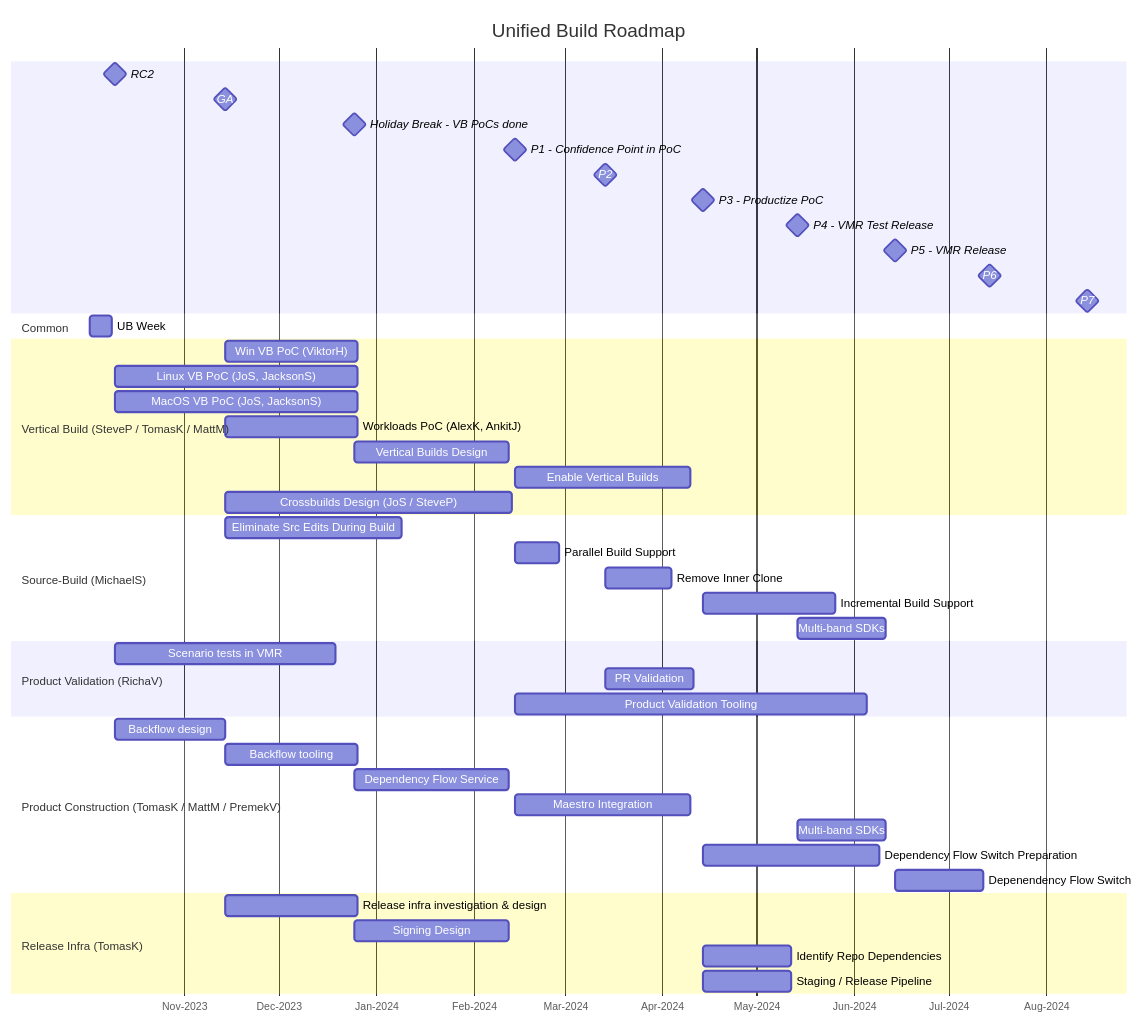
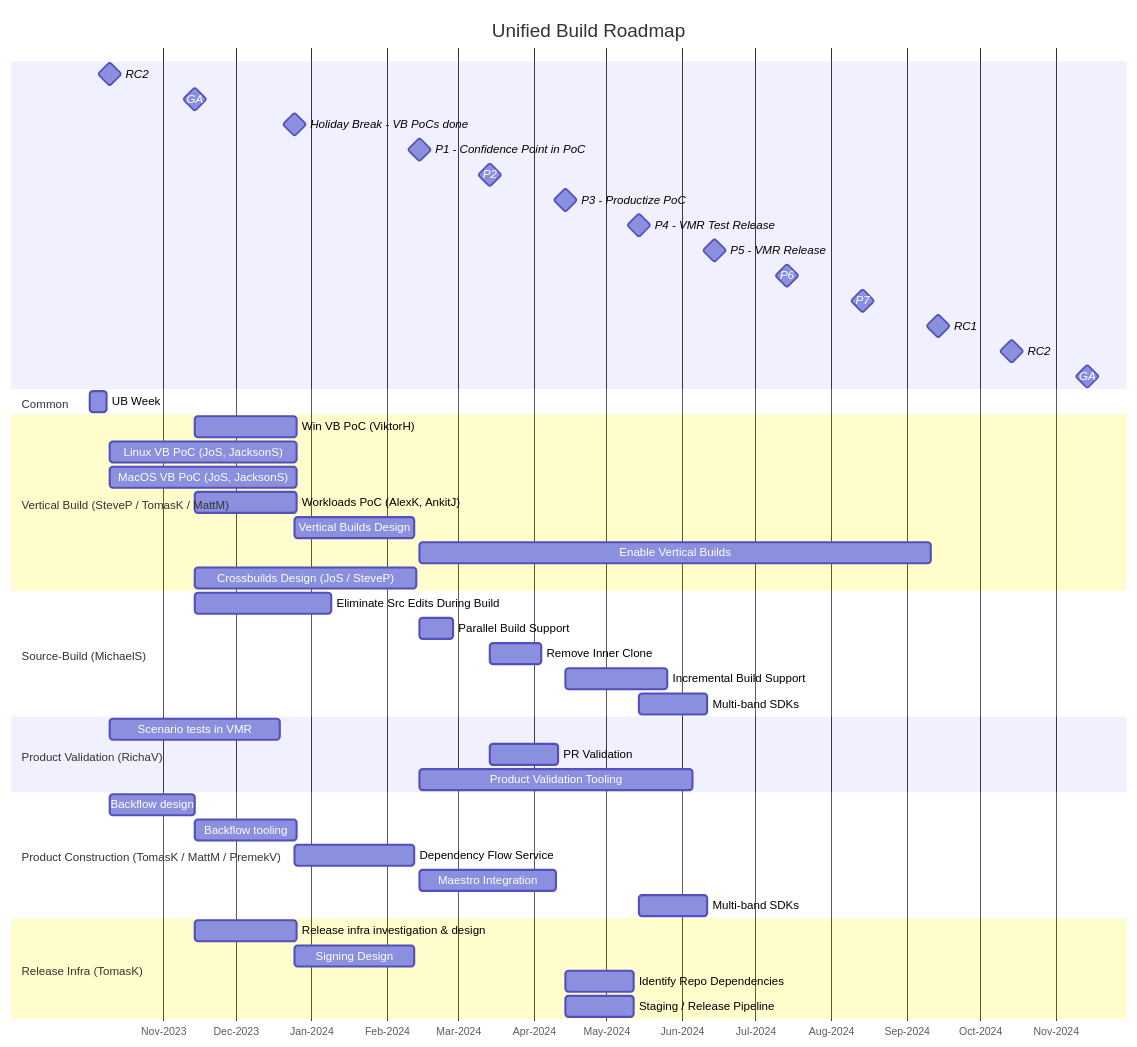
The diagram in Documentation/UnifiedBuild/UB-Roadmap.md (dotnet/arcade), drawn with Mermaid before and after one commit.

Commit message:
Extending the VB work to RC1

````diff
--- a/Documentation/UnifiedBuild/UB-Roadmap.md
+++ b/Documentation/UnifiedBuild/UB-Roadmap.md
@@ -3,56 +3,60 @@
 ```mermaid
+
 gantt
     title Unified Build Roadmap
     axisFormat %b-%Y
     RC2: milestone, net8-rc2, 2023-10-10, 0
     GA: milestone, net8-ga, 2023-11-14, 0
     Holiday Break - VB PoCs done: milestone, holiday, 2023-12-25, 0
     %% delta between Holiday and P1 is 7w
+    %% the release dates are all 14th so that the task lengths can be expressed in whole weeks and still match the preview points
     P1 - Confidence Point in PoC: milestone, net9-p1, 2024-02-14, 0
     P2: milestone, net9-p2, 2024-03-14, 0
     P3 - Productize PoC: milestone, net9-p3, 2024-04-14, 0
     P4 - VMR Test Release: milestone, net9-p4, 2024-05-14, 0
     P5 - VMR Release: milestone, net9-p5, 2024-06-14, 0
     P6: milestone, net9-p6, 2024-07-14, 0
     P7: milestone, net9-p7, 2024-08-14, 0
- 
+    RC1: milestone, net9-rc1, 2024-09-14, 0
+    RC2: milestone, net9-rc2, 2024-10-14, 0
+    GA: milestone, net9-ga, 2024-11-14, 0
+
     section Common
         UB Week: ub-week, 2023-10-02, 1w
 
     section Vertical Build (SteveP / TomasK / MattM)
         Win VB PoC (ViktorH): after net8-ga, 6w
         Linux VB PoC (JoS, JacksonS): after net8-rc2, 11w
         MacOS VB PoC (JoS, JacksonS): after net8-rc2, 11w
         Workloads PoC (AlexK, AnkitJ): after net8-ga, 6w
         Vertical Builds Design: after holiday, 7w
-        Enable Vertical Builds: after net9-p1, 8w
+        Enable Vertical Builds: after net9-p1, 30w
         Crossbuilds Design (JoS / SteveP): after net8-ga, 13w
 
     section Source-Build (MichaelS)
         Eliminate Src Edits During Build: after net8-ga, 8w
         Parallel Build Support: after net9-p1, 2w
         Remove Inner Clone: after net9-p2, 3w
         Incremental Build Support: after net9-p3, 6w
         Multi-band SDKs: after net9-p4, 4w
 
     section Product Validation (RichaV)
         Scenario tests in VMR: after net8-rc2, 10w
         PR Validation: after net9-p2, 4w
         Product Validation Tooling: after net9-p1, 16w
 
     section Product Construction (TomasK / MattM / PremekV)
         Backflow design: after net8-rc2, 5w
         Backflow tooling: after net8-ga, 6w
         Dependency Flow Service: after holiday, 7w
         Maestro Integration: after net9-p1, 8w
-
         Multi-band SDKs: after net9-p4, 4w
-        Dependency Flow Switch Preparation: after net9-p3, 8w
-        Depenendency Flow Switch: after net9-p5, 4w
+        %Dependency Flow Switch Preparation: after net9-p3, 8w
+        %Depenendency Flow Switch: after net9-p5, 4w
 
     section Release Infra (TomasK)
         Release infra investigation & design: after net8-ga, 6w
         Signing Design: after holiday, 7w
         Identify Repo Dependencies: after net9-p3, 4w
         Staging / Release Pipeline: after net9-p3, 4w
 ```
````
